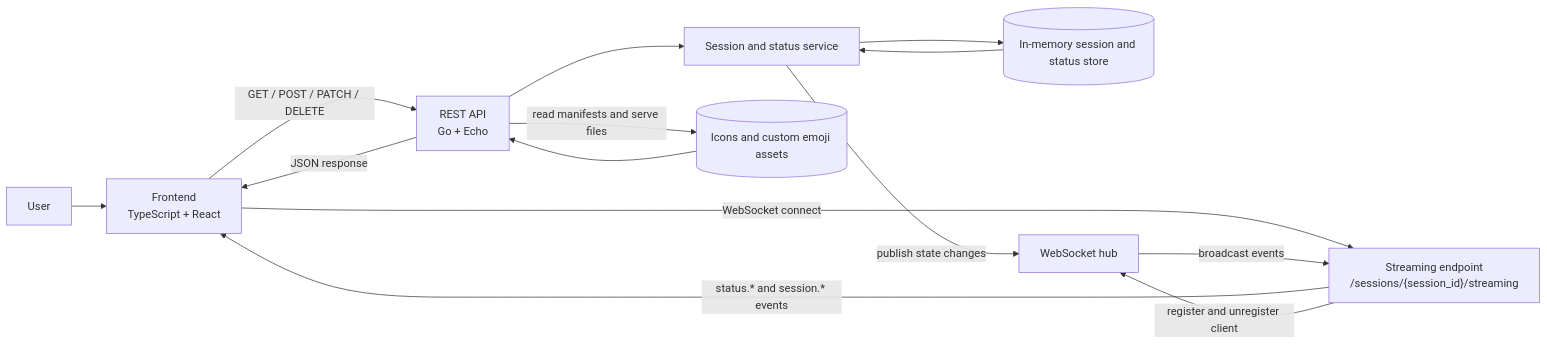
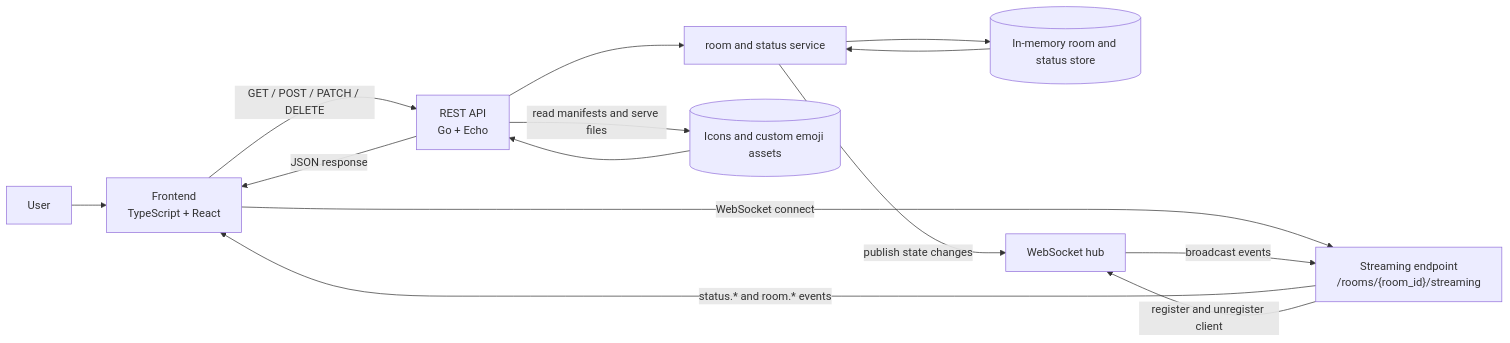
One commit to hik-iij/realtime-comment-webapp changed the first of 3 diagrams in docs/diagrams.md. Above: the diagram before and after it, drawn with Mermaid. The commit also changed other lines of this file and 1 other file, not shown here.

````diff
--- a/docs/diagrams.md
+++ b/docs/diagrams.md
@@ -8,21 +8,21 @@
 ```mermaid
 flowchart LR
     User[User] --> Frontend["Frontend<br/>TypeScript + React"]
 
     Frontend -->|"GET / POST / PATCH / DELETE"| RestApi["REST API<br/>Go + Echo"]
     RestApi -->|"JSON response"| Frontend
 
-    Frontend -->|"WebSocket connect"| Streaming["Streaming endpoint<br/>/sessions/{session_id}/streaming"]
-    Streaming -->|"status.* and session.* events"| Frontend
+    Frontend -->|"WebSocket connect"| Streaming["Streaming endpoint<br/>/rooms/{room_id}/streaming"]
+    Streaming -->|"status.* and room.* events"| Frontend
 
-    RestApi --> Service["Session and status service"]
-    Service --> Store[("In-memory session and status store")]
+    RestApi --> Service["room and status service"]
+    Service --> Store[("In-memory room and status store")]
     Store --> Service
 
     Service -->|"publish state changes"| Hub["WebSocket hub"]
     Streaming -->|"register and unregister client"| Hub
     Hub -->|"broadcast events"| Streaming
 
     RestApi -->|"read manifests and serve files"| Assets[("Icons and custom emoji assets")]
     Assets --> RestApi
 ```
````
